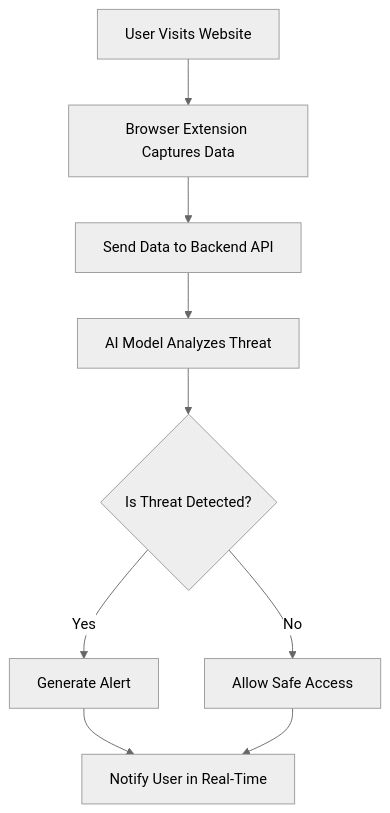
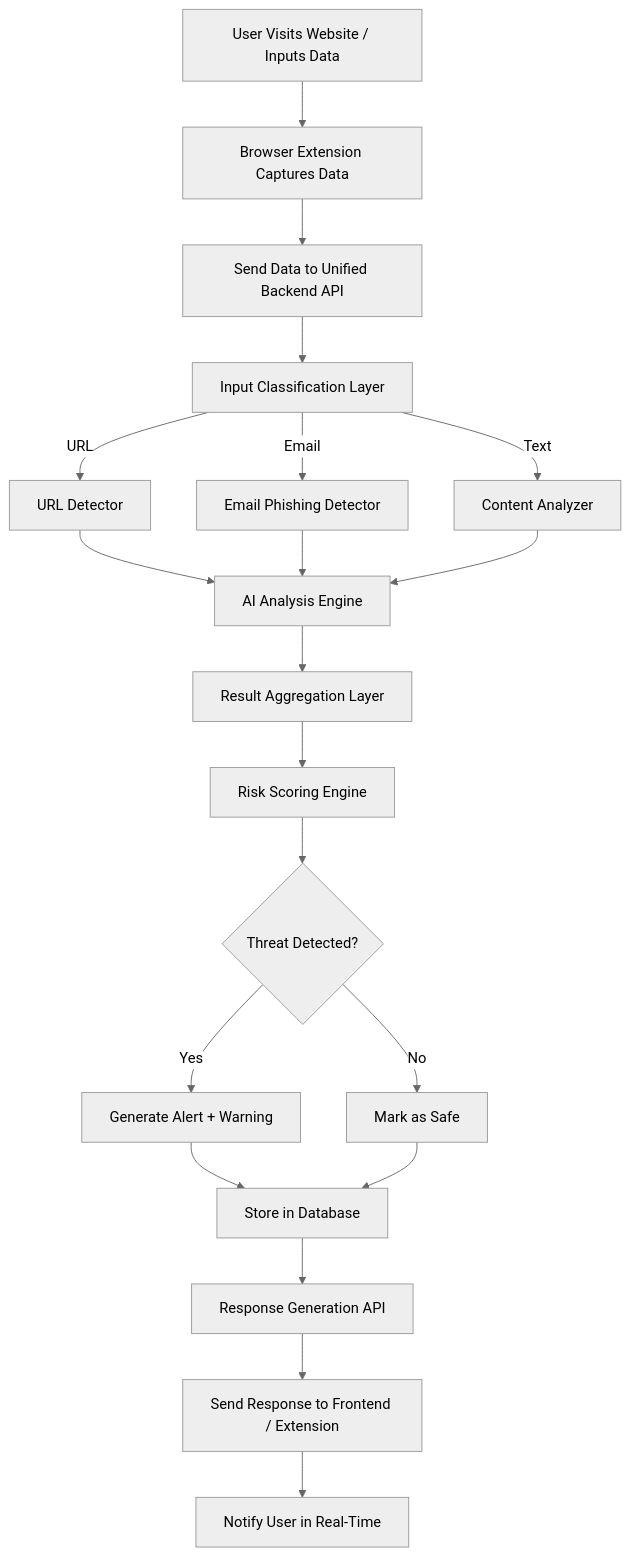
The diagram in Readme.md (Ayushmishra9793/Trinetra-Ai), drawn with Mermaid (neutral theme) before and after one commit. The commit also changed other lines of this file, not shown here.

````diff
--- a/Readme.md
+++ b/Readme.md
@@ -69,11 +68,22 @@
 ```mermaid
 flowchart TD
-    A[User Visits Website] --> B[Browser Extension Captures Data]
-    B --> C[Send Data to Backend API]
-    C --> D[AI Model Analyzes Threat]
-    D --> E{Is Threat Detected?}
-    E -->|Yes| F[Generate Alert]
-    E -->|No| G[Allow Safe Access]
-    F --> H[Notify User in Real-Time]
-    G --> H
+    A[User Visits Website / Inputs Data] --> B[Browser Extension Captures Data]
+    B --> C[Send Data to Unified Backend API]
+    C --> D[Input Classification Layer]
+    D -->|URL| E1[URL Detector]
+    D -->|Email| E2[Email Phishing Detector]
+    D -->|Text| E3[Content Analyzer]
+    E1 --> F[AI Analysis Engine]
+    E2 --> F
+    E3 --> F
+    F --> G[Result Aggregation Layer]
+    G --> H[Risk Scoring Engine]
+    H --> I{Threat Detected?}
+    I -->|Yes| J[Generate Alert + Warning]
+    I -->|No| K[Mark as Safe]
+    J --> L[Store in Database]
+    K --> L
+    L --> M[Response Generation API]
+    M --> N[Send Response to Frontend / Extension]
+    N --> O[Notify User in Real-Time]
 ```
````
